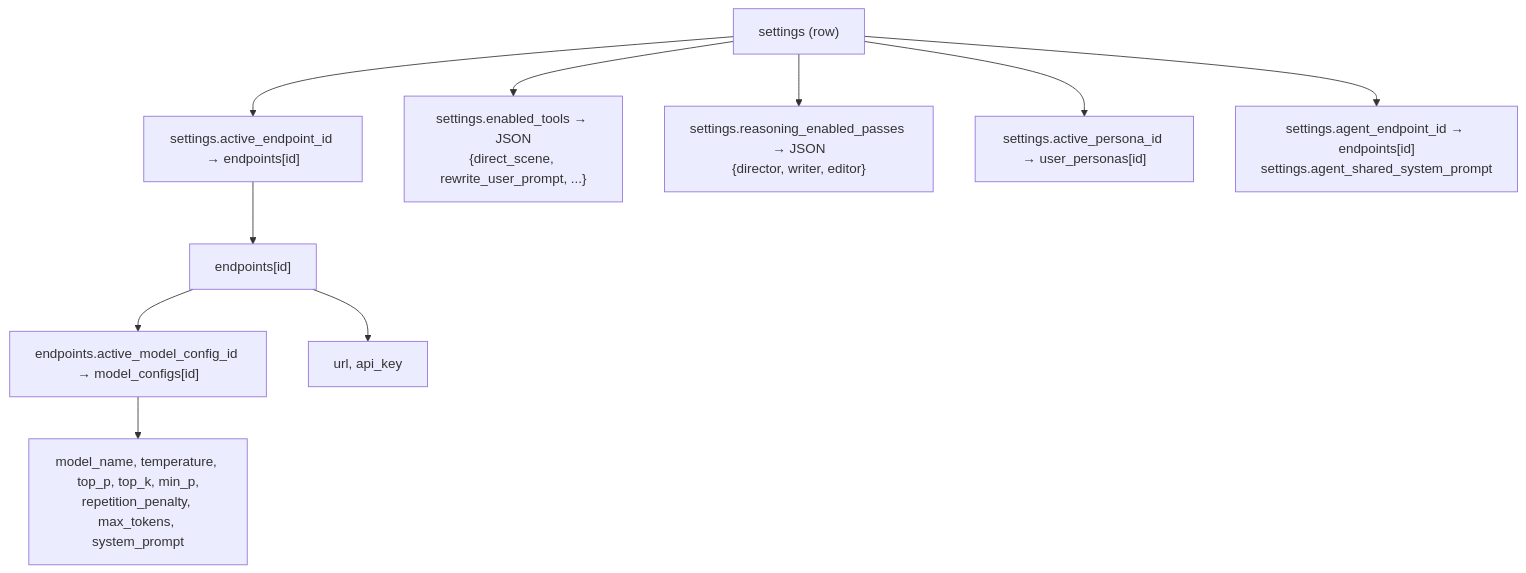
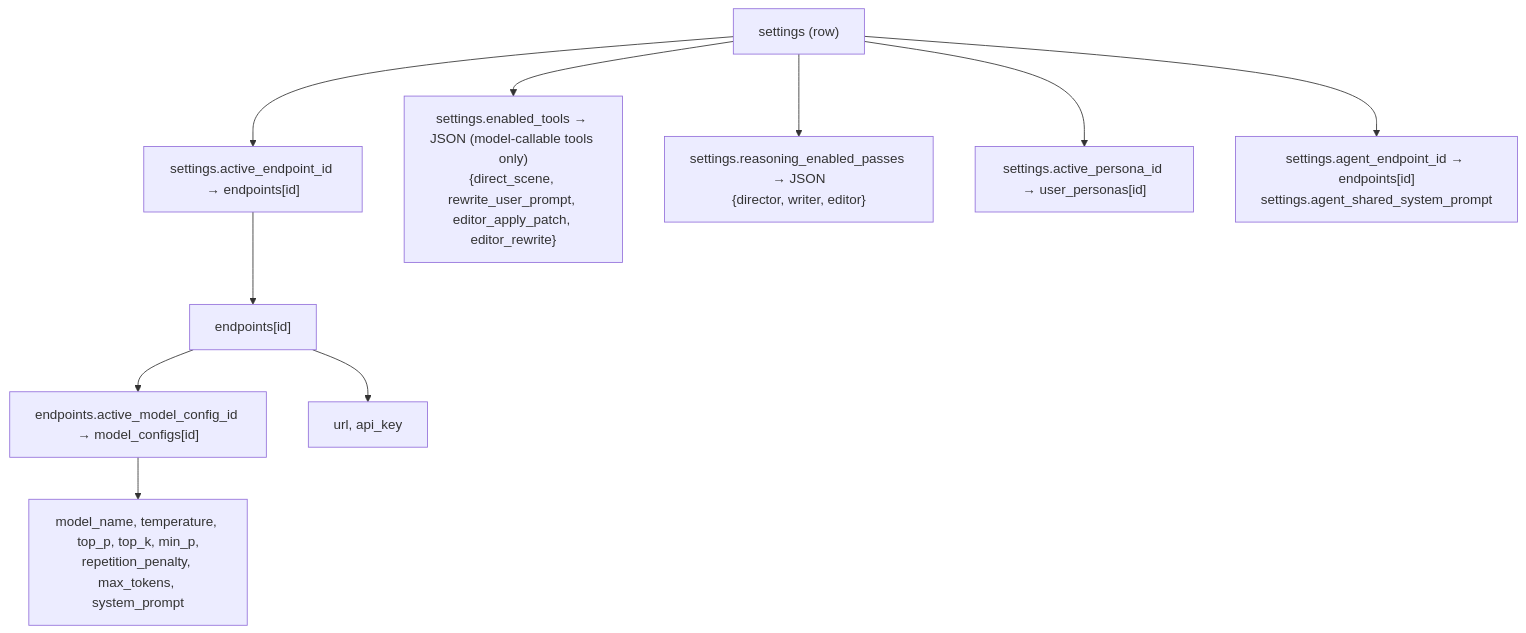
One commit to OrbFrontend/Orb changed the fourth of 4 diagrams in AGENTS.md. Above: the diagram before and after it, drawn with Mermaid. The commit also changed other lines of this file and 21 other files, not shown here.

````diff
--- a/AGENTS.md
+++ b/AGENTS.md
@@ -314,13 +314,13 @@
 ```mermaid
 flowchart TD
     settings["settings (row)"] --> active_endpoint["settings.active_endpoint_id → endpoints[id]"]
-    settings --> enabled_tools["settings.enabled_tools → JSON<br/>{direct_scene, rewrite_user_prompt, ...}"]
+    settings --> enabled_tools["settings.enabled_tools → JSON (model-callable tools only)<br/>{direct_scene, rewrite_user_prompt, editor_apply_patch, editor_rewrite}"]
     settings --> reasoning["settings.reasoning_enabled_passes → JSON<br/>{director, writer, editor}"]
     settings --> persona["settings.active_persona_id → user_personas[id]"]
     settings --> agent["settings.agent_endpoint_id → endpoints[id]<br/>settings.agent_shared_system_prompt"]
 
     active_endpoint --> endpoints["endpoints[id]"]
     endpoints --> model_config["endpoints.active_model_config_id → model_configs[id]"]
     endpoints --> api_details["url, api_key"]
     model_config --> params["model_name, temperature, top_p, top_k, min_p,<br/>repetition_penalty, max_tokens, system_prompt"]
 ```
````
